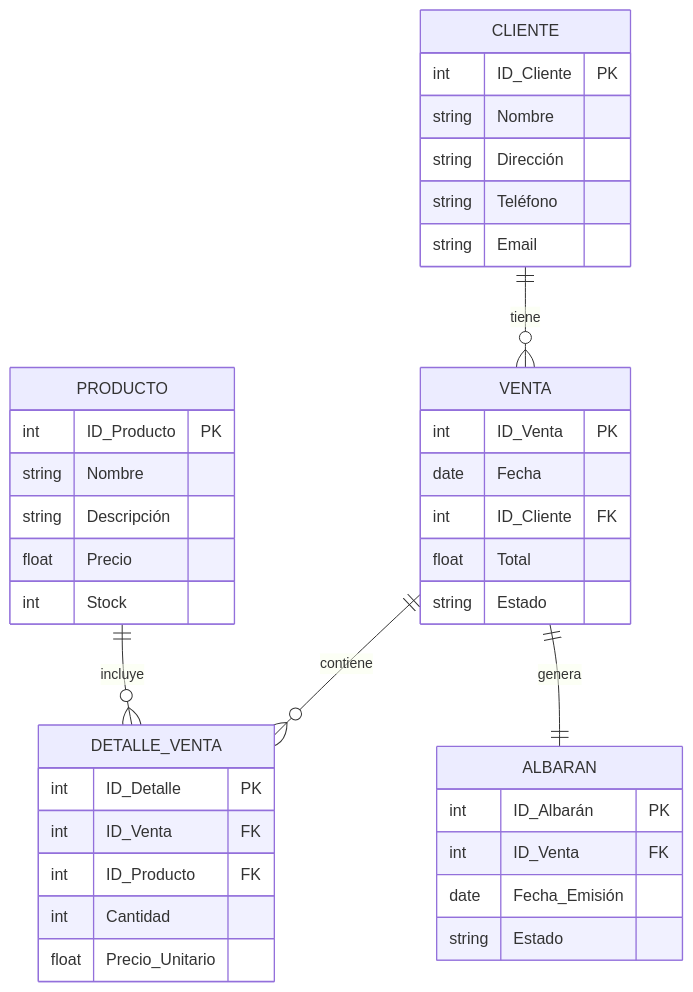
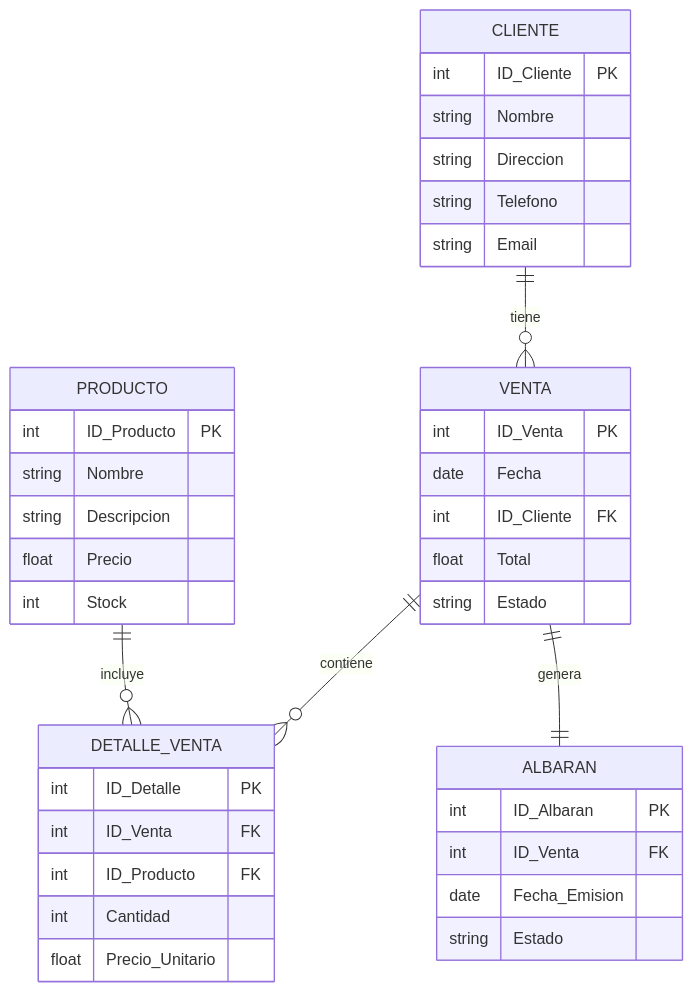
Before and after one commit to ROchoa999/TFG_ROchoa: the fourth of 4 diagrams in README.md, drawn with Mermaid.

Commit message:
Diagrama E/R editado

````diff
--- a/README.md
+++ b/README.md
@@ -126,42 +126,42 @@
 ```mermaid
 erDiagram
     CLIENTE {
         int ID_Cliente PK
         string Nombre
-        string Dirección
-        string Teléfono
+        string Direccion
+        string Telefono
         string Email
     }
     PRODUCTO {
         int ID_Producto PK
         string Nombre
-        string Descripción
+        string Descripcion
         float Precio
         int Stock
     }
     VENTA {
         int ID_Venta PK
         date Fecha
         int ID_Cliente FK
         float Total
         string Estado
     }
     DETALLE_VENTA {
         int ID_Detalle PK
         int ID_Venta FK
         int ID_Producto FK
         int Cantidad
         float Precio_Unitario
     }
     ALBARAN {
-        int ID_Albarán PK
+        int ID_Albaran PK
         int ID_Venta FK
-        date Fecha_Emisión
+        date Fecha_Emision
         string Estado
     }
 
     CLIENTE ||--o{ VENTA : "tiene"
     VENTA ||--o{ DETALLE_VENTA : "contiene"
     PRODUCTO ||--o{ DETALLE_VENTA : "incluye"
     VENTA ||--|| ALBARAN : "genera"
 ```
````
